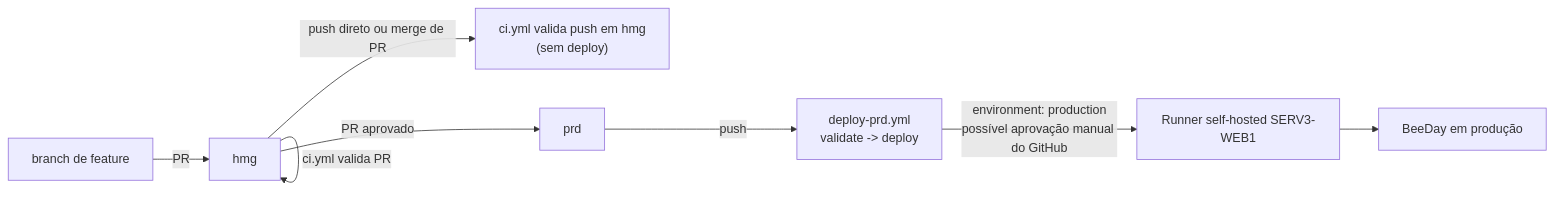
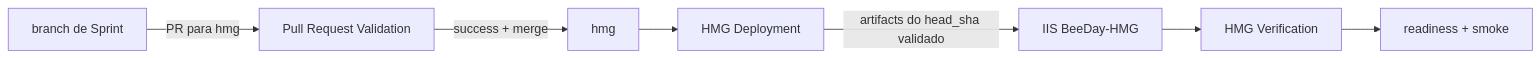
The diagram in docs/deployment/04-operations.md (DS-Asyst/BeeDay), drawn with Mermaid before and after one commit. The commit also changed other lines of this file and 1 other file, not shown here.

Commit message:
docs(deployment): audit HMG runtime parity

````diff
--- a/docs/deployment/04-operations.md
+++ b/docs/deployment/04-operations.md
@@ -125,10 +172,9 @@
 ```mermaid
 flowchart LR
-    Feature[branch de feature] -->|PR| HMG[hmg]
-    HMG -->|ci.yml valida PR| HMG
-    HMG -->|push direto ou merge de PR| CIHmg["ci.yml valida push em hmg\n(sem deploy)"]
-    HMG -->|PR aprovado| PRD[prd]
-    PRD -->|push| DeployPrd["deploy-prd.yml\nvalidate -> deploy"]
-    DeployPrd -->|environment: production\npossível aprovação manual do GitHub| Runner[Runner self-hosted SERV3-WEB1]
-    Runner --> Live[BeeDay em produção]
+    Branch[branch de Sprint] -->|PR para hmg| CI[Pull Request Validation]
+    CI -->|success + merge| HMG[hmg]
+    HMG --> Deploy[HMG Deployment]
+    Deploy -->|artifacts do head_sha validado| IIS[IIS BeeDay-HMG]
+    IIS --> Verify[HMG Verification]
+    Verify --> Ready[readiness + smoke]
 ```
````
